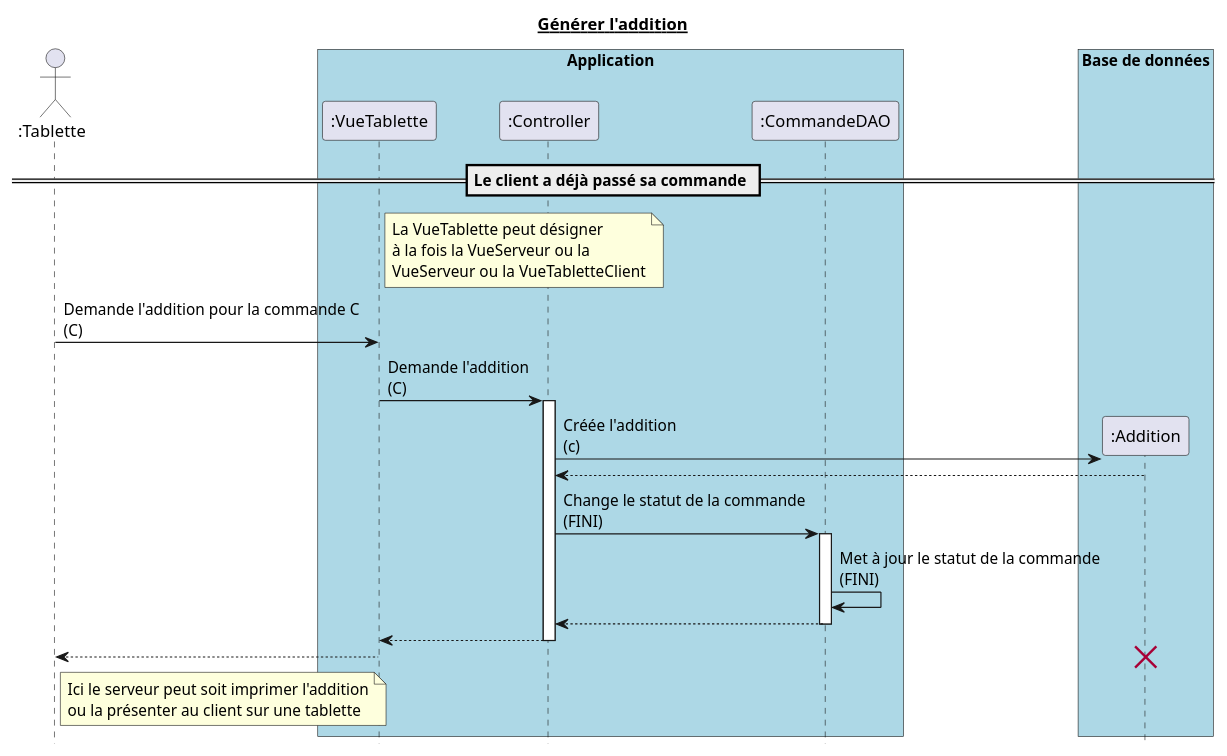
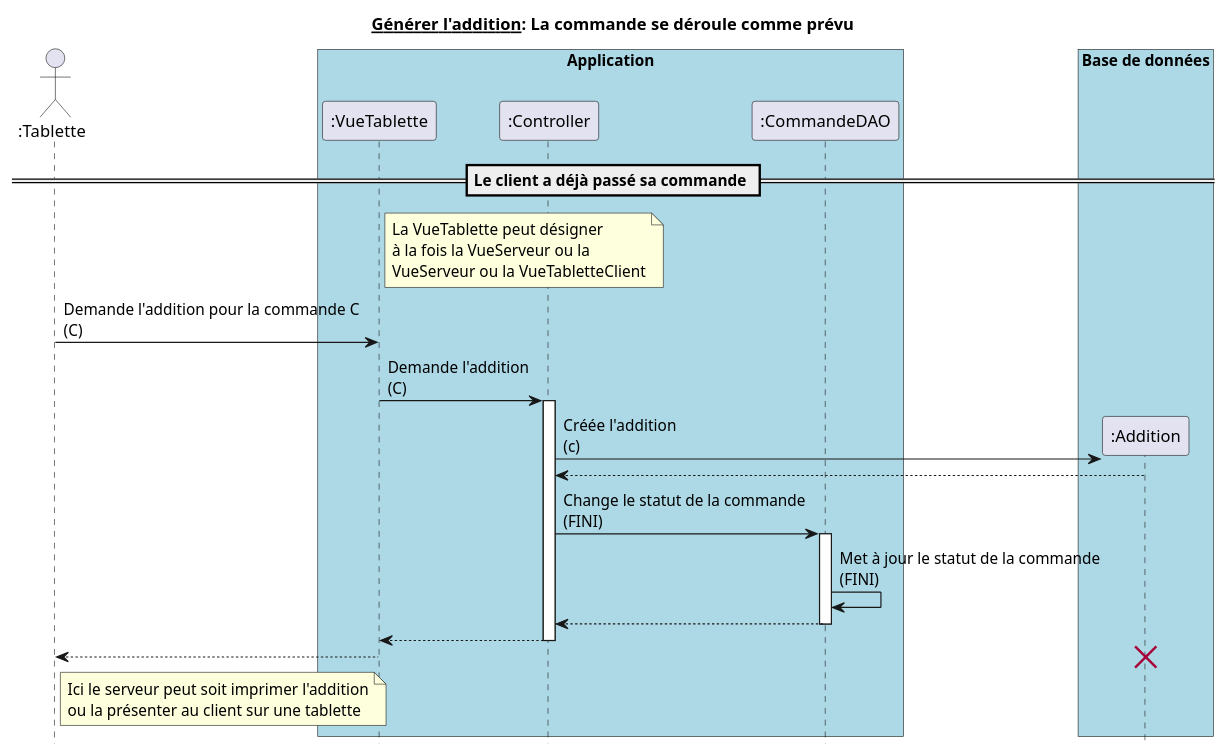
One commit to hulskenA/GL-Les_seigneurs_du_resto changed the diagram in diagrammes_sequences_detailles/dss2.md. Above: the diagram before and after it, drawn with PlantUML. The commit also changed 14 other files, not shown here.

````diff
--- a/diagrammes_sequences_detailles/dss2.md
+++ b/diagrammes_sequences_detailles/dss2.md
@@ -1,53 +1,53 @@
 ```puml
 @startuml
 hide footbox
-title __Générer l'addition__
+title __Générer l'addition__: La commande se déroule comme prévu
 
 actor ":Tablette" as Tablette order 10
 
 box "Application" #Lightblue
   participant ":VueTablette" as VueTablette order 30
   participant ":Controller" as Controller order 40
   participant ":CommandeDAO" as CommandeDAO order 60
 endbox
 
 box "Base de données" #Lightblue
   participant ":Addition" as Addition order 70
 endbox
 
 == Le client a déjà passé sa commande ==
 
 note right VueTablette
   La VueTablette peut désigner
   à la fois la VueServeur ou la
   VueServeur ou la VueTabletteClient
 end note
 
 Tablette -> VueTablette : Demande l'addition pour la commande C\n(C)
 
 VueTablette -> Controller : Demande l'addition\n(C)
 activate Controller
 
 create Addition
 Controller -> Addition : Créée l'addition\n(c)
 Controller <-- Addition
 
 Controller -> CommandeDAO : Change le statut de la commande\n(FINI)
 activate CommandeDAO
 CommandeDAO -> CommandeDAO : Met à jour le statut de la commande\n(FINI)
 CommandeDAO --> Controller
 deactivate CommandeDAO
 
 Controller --> VueTablette
 deactivate Controller
 
 VueTablette --> Tablette
 
 note right Tablette
   Ici le serveur peut soit imprimer l'addition
   ou la présenter au client sur une tablette
 end note
 destroy Addition
 
 @enduml
 ```
````
